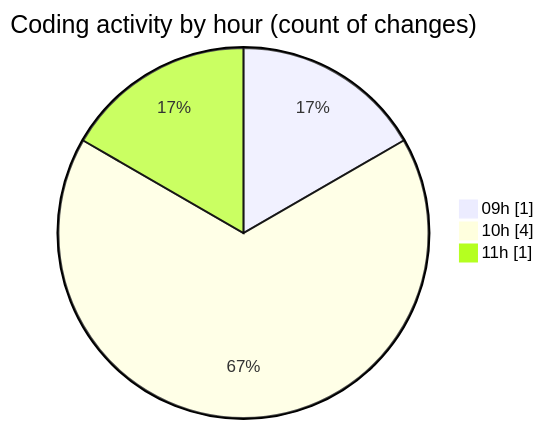
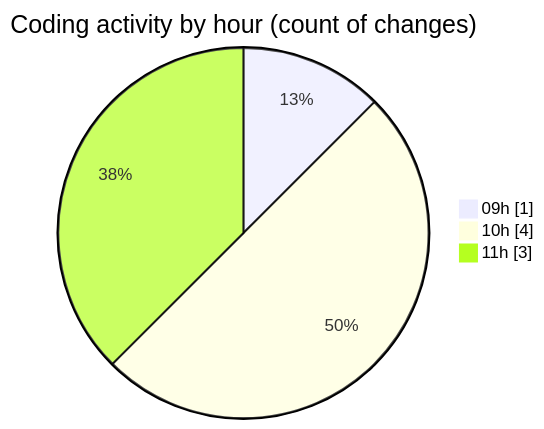
Before and after one commit to momahboobian/code-tracking: the second of 2 diagrams in 2025-04-07/cda/README.md, drawn with Mermaid. The commit also changed other lines of this file and 1 other file, not shown here.

````diff
--- a/2025-04-07/cda/README.md
+++ b/2025-04-07/cda/README.md
@@ -31,7 +33,7 @@
 ```mermaid
 pie showData
 title Coding activity by hour (count of changes)
 "09h" : 1
 "10h" : 4
-"11h" : 1
+"11h" : 3
 ```
````
